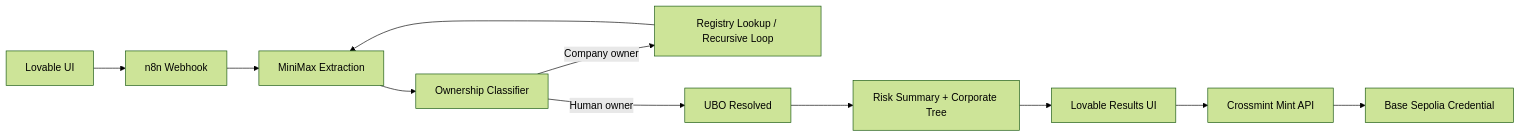
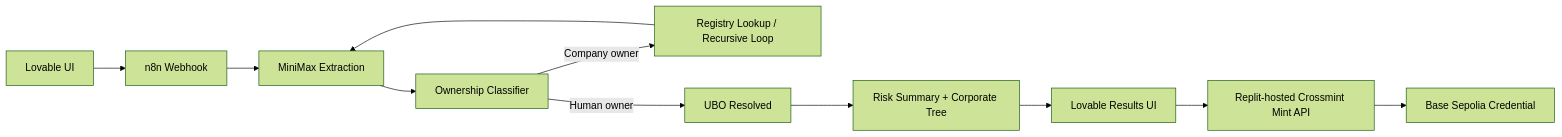
The first of 2 diagrams in README.md (Shazil10/KYB-Agent), drawn with Mermaid (forest theme) before and after one commit. The commit also changed other lines of this file and 3 other files, not shown here.

````diff
--- a/README.md
+++ b/README.md
@@ -41,13 +43,13 @@
 ```mermaid
 flowchart LR
     A["Lovable UI"] --> B["n8n Webhook"]
     B --> C["MiniMax Extraction"]
     C --> D["Ownership Classifier"]
     D -->|Company owner| E["Registry Lookup / Recursive Loop"]
     E --> C
     D -->|Human owner| F["UBO Resolved"]
     F --> G["Risk Summary + Corporate Tree"]
     G --> H["Lovable Results UI"]
-    H --> I["Crossmint Mint API"]
+    H --> I["Replit-hosted Crossmint Mint API"]
     I --> J["Base Sepolia Credential"]
 ```
````
